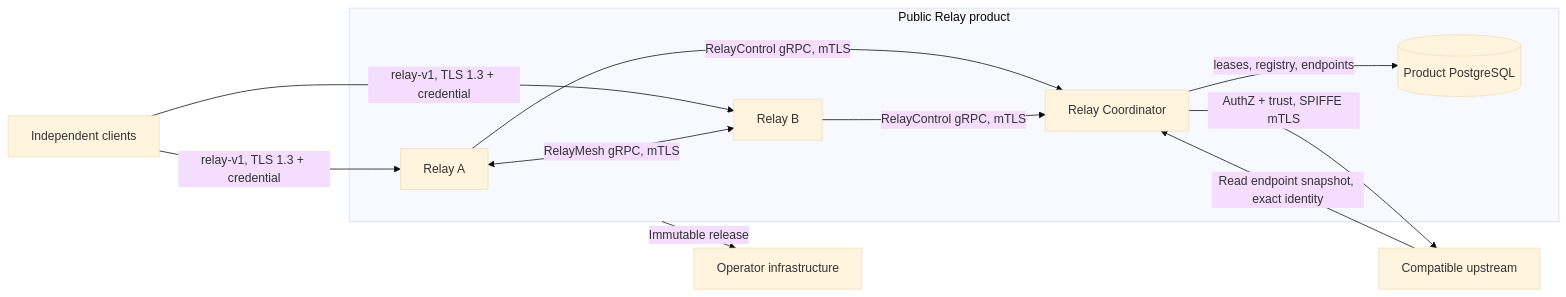
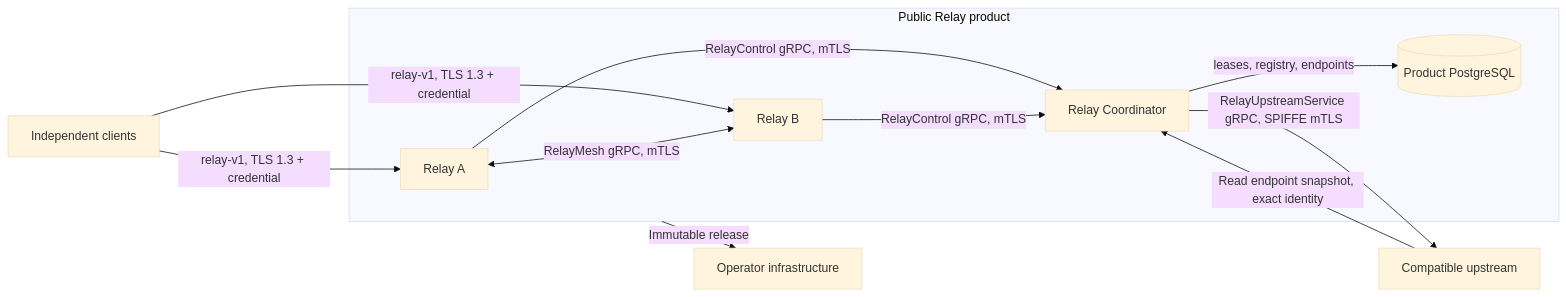
One commit to endless-net/relay changed the first of 2 diagrams in docs/architecture.md. Above: the diagram before and after it, drawn with Mermaid (base theme). The commit also changed other lines of this file and 21 other files, not shown here.

Commit message:
feat: cut over upstream authorization and trust to protobuf gRPC

````diff
--- a/docs/architecture.md
+++ b/docs/architecture.md
@@ -35,14 +35,14 @@
 ```mermaid
 flowchart LR
     A["Independent clients"] -->|"relay-v1, TLS 1.3 + credential"| RA
     A -->|"relay-v1, TLS 1.3 + credential"| RB
     subgraph Product["Public Relay product"]
       RA["Relay A"] <-->|"RelayMesh gRPC, mTLS"| RB["Relay B"]
       RA -->|"RelayControl gRPC, mTLS"| RC["Relay Coordinator"]
       RB -->|"RelayControl gRPC, mTLS"| RC
       RC -->|"leases, registry, endpoints"| PG[("Product PostgreSQL")]
     end
-    RC -->|"AuthZ + trust, SPIFFE mTLS"| UP["Compatible upstream"]
+    RC -->|"RelayUpstreamService gRPC, SPIFFE mTLS"| UP["Compatible upstream"]
     UP -->|"Read endpoint snapshot, exact identity"| RC
     Product -->|"Immutable release"| Infra["Operator infrastructure"]
 ```
````
